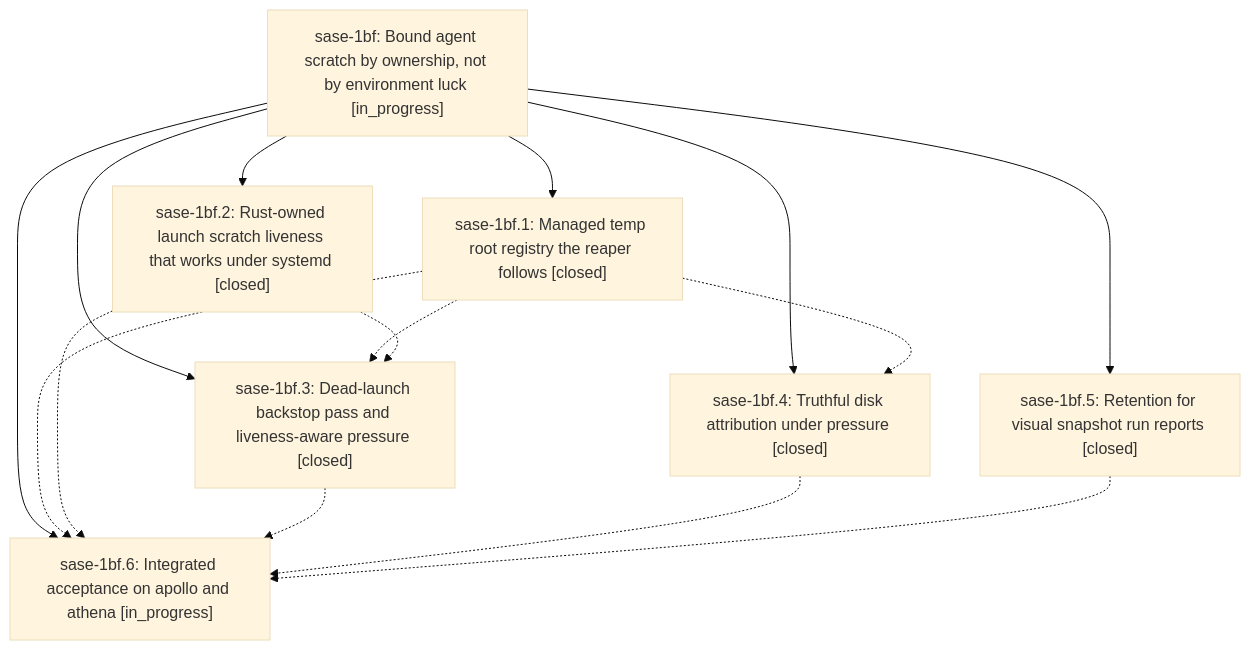
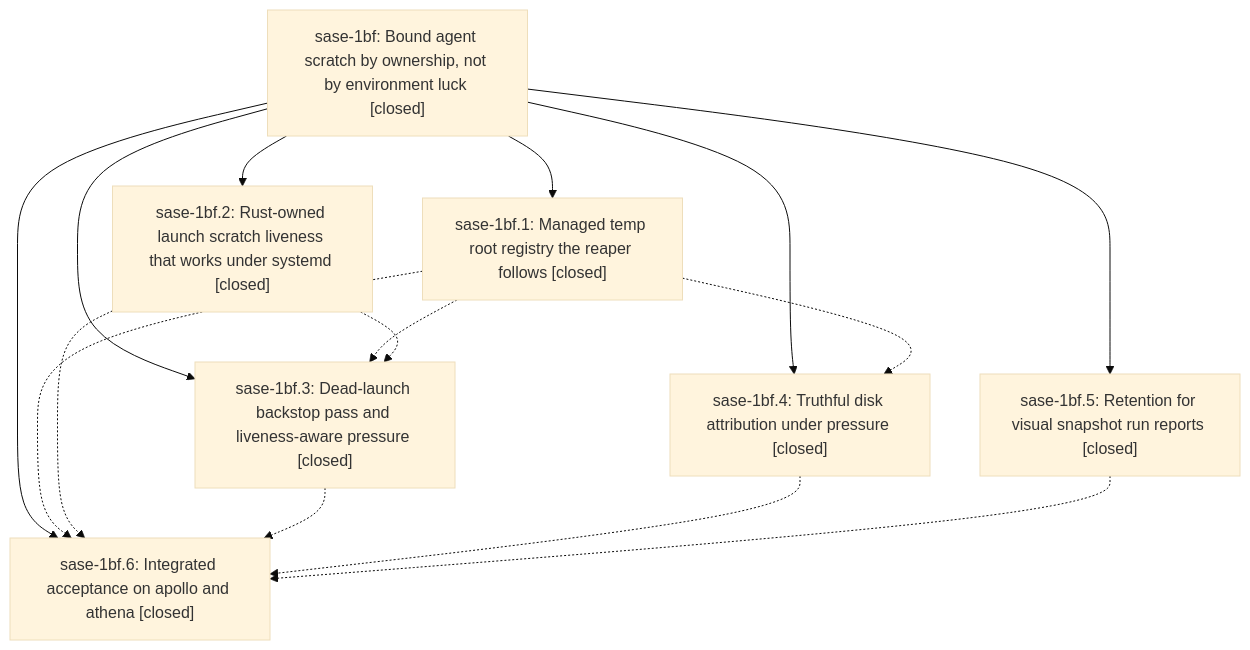
One commit to sase-org/sase--beads changed the diagram in pages/sase-1bf/README.md. Above: the diagram before and after it, drawn with Mermaid (base theme). The commit also changed other lines of this file and 6 other files, not shown here.

````diff
--- a/pages/sase-1bf/README.md
+++ b/pages/sase-1bf/README.md
@@ -45,24 +74,24 @@
 ```mermaid
 flowchart TD
-    n0["sase-1bf: Bound agent scratch by ownership, not by environment luck [in_progress]"]
+    n0["sase-1bf: Bound agent scratch by ownership, not by environment luck [closed]"]
     n1["sase-1bf.1: Managed temp root registry the reaper follows [closed]"]
     n2["sase-1bf.2: Rust-owned launch scratch liveness that works under systemd [closed]"]
     n3["sase-1bf.3: Dead-launch backstop pass and liveness-aware pressure [closed]"]
     n4["sase-1bf.4: Truthful disk attribution under pressure [closed]"]
     n5["sase-1bf.5: Retention for visual snapshot run reports [closed]"]
-    n6["sase-1bf.6: Integrated acceptance on apollo and athena [in_progress]"]
+    n6["sase-1bf.6: Integrated acceptance on apollo and athena [closed]"]
     n0 --> n1
     n0 --> n2
     n0 --> n3
     n0 --> n4
     n0 --> n5
     n0 --> n6
     n1 -.-> n3
     n1 -.-> n4
     n1 -.-> n6
     n2 -.-> n3
     n2 -.-> n6
     n3 -.-> n6
     n4 -.-> n6
     n5 -.-> n6
 ```
````
